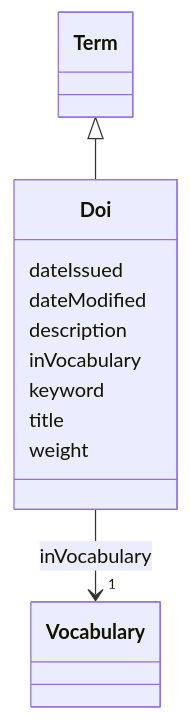
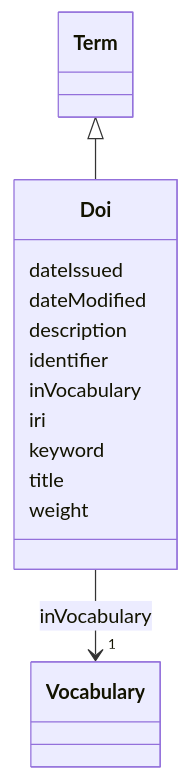
Before and after one commit to EVORA-project/evora-ontology: the diagram in models/docs/Doi.md, drawn with Mermaid. The commit also changed other lines of this file and 391 other files, not shown here.

````diff
--- a/models/docs/Doi.md
+++ b/models/docs/Doi.md
@@ -19,30 +19,34 @@
 ```mermaid
  classDiagram
     class Doi
     click Doi href "../Doi"
       Term <|-- Doi
         click Term href "../Term"
       
       Doi : dateIssued
         
       Doi : dateModified
         
       Doi : description
         
+      Doi : identifier
+        
       Doi : inVocabulary
         
           
     
     
     Doi --> "1" Vocabulary : inVocabulary
     click Vocabulary href "../Vocabulary"
 
         
+      Doi : iri
+        
       Doi : keyword
         
       Doi : title
         
       Doi : weight
         
       
 ```
````
